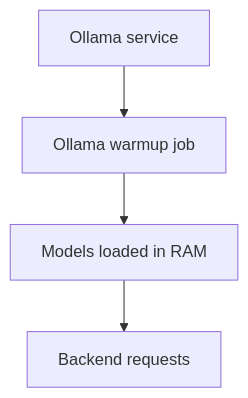
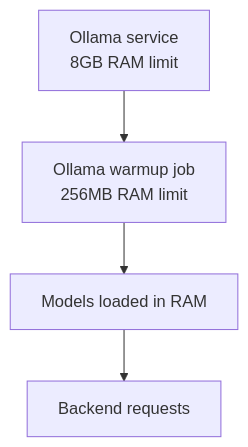
One commit to Revanththetalogics/aireume changed the sixth of 9 diagrams in .qoder/repowiki/en/content/Deployment & DevOps/Docker Configuration.md. Above: the diagram before and after it, drawn with Mermaid. The commit also changed other lines of this file and 33 other files, not shown here.

````diff
--- a/.qoder/repowiki/en/content/Deployment & DevOps/Docker Configuration.md
+++ b/.qoder/repowiki/en/content/Deployment & DevOps/Docker Configuration.md
@@ -260,6 +266,6 @@
 ```mermaid
 flowchart TD
-OllamaSvc["Ollama service"] --> WarmupJob["Ollama warmup job"]
+OllamaSvc["Ollama service<br/>8GB RAM limit"] --> WarmupJob["Ollama warmup job<br/>256MB RAM limit"]
 WarmupJob --> Ready["Models loaded in RAM"]
 Ready --> Backend["Backend requests"]
 ```
````
